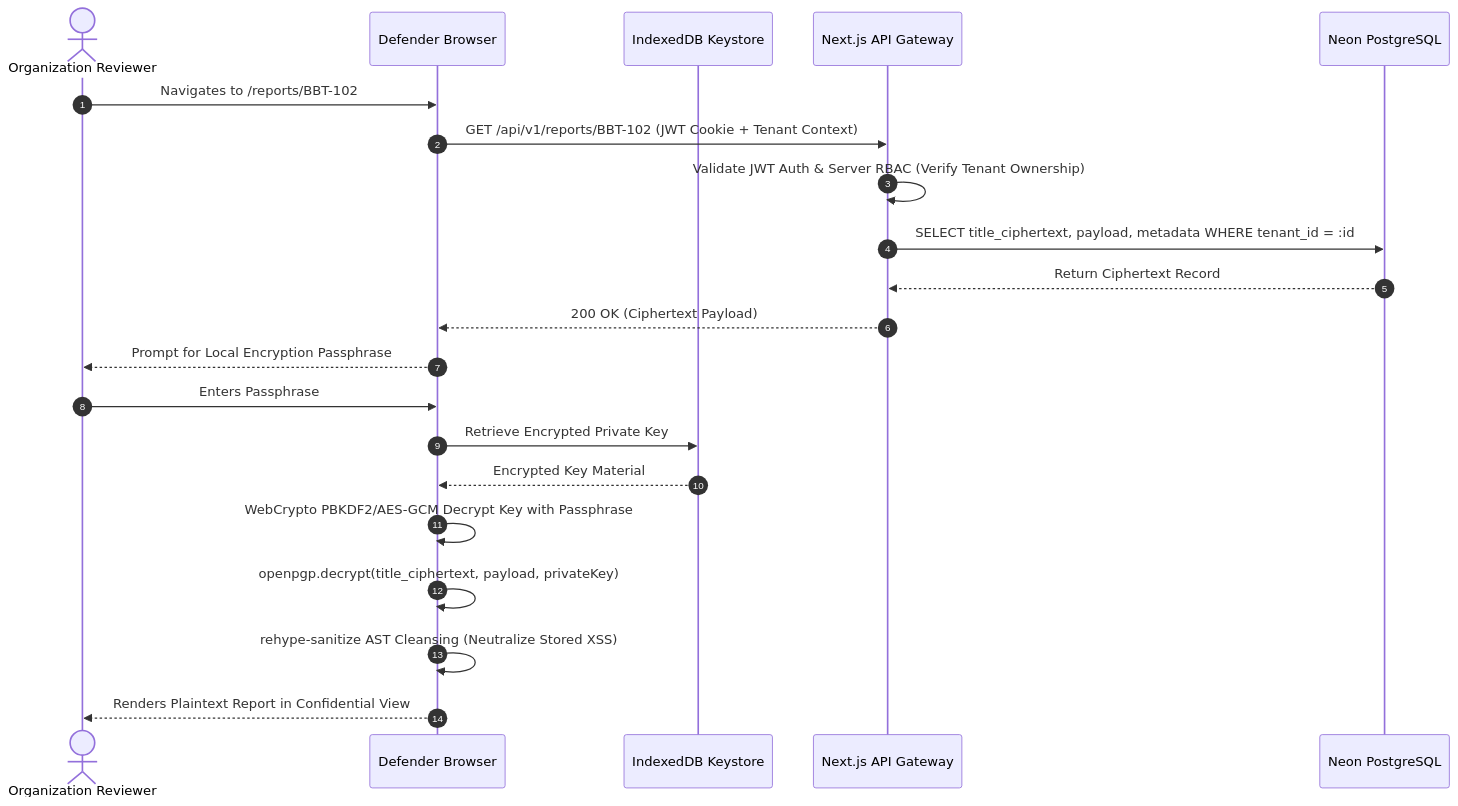
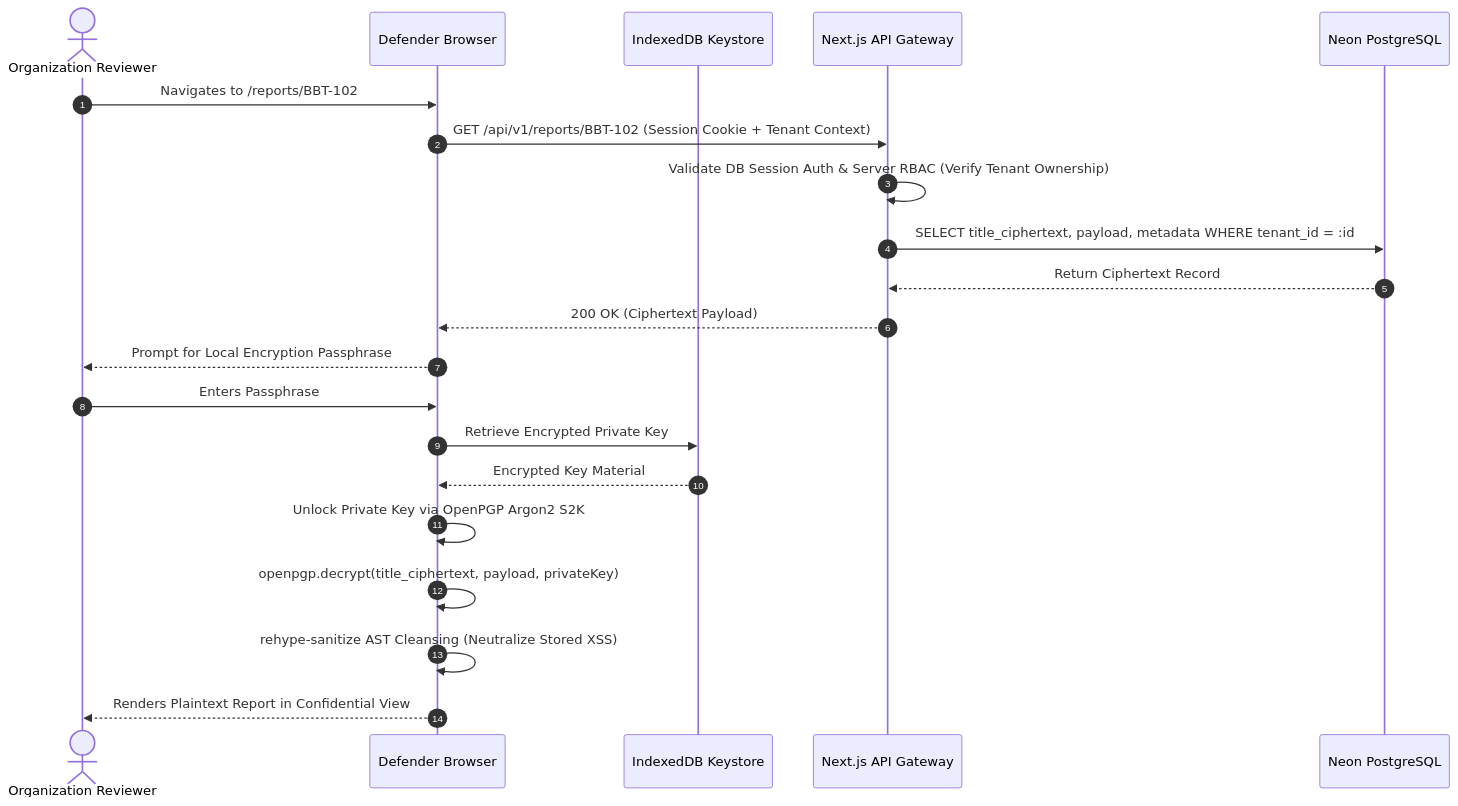
The fourth of 6 diagrams in requirements/SRS.md (Taha-Asad/BugBountyTracker), drawn with Mermaid before and after one commit. The commit also changed other lines of this file and 15 other files, not shown here.

````diff
--- a/requirements/SRS.md
+++ b/requirements/SRS.md
@@ -433,24 +435,24 @@
 ```mermaid
 sequenceDiagram
     autonumber
     actor Defender as Organization Reviewer
     participant Browser as Defender Browser
     participant KeyStore as IndexedDB Keystore
     participant Server as Next.js API Gateway
     participant DB as Neon PostgreSQL
 
     Defender->>Browser: Navigates to /reports/BBT-102
-    Browser->>Server: GET /api/v1/reports/BBT-102 (JWT Cookie + Tenant Context)
-    Server->>Server: Validate JWT Auth & Server RBAC (Verify Tenant Ownership)
+    Browser->>Server: GET /api/v1/reports/BBT-102 (Session Cookie + Tenant Context)
+    Server->>Server: Validate DB Session Auth & Server RBAC (Verify Tenant Ownership)
     Server->>DB: SELECT title_ciphertext, payload, metadata WHERE tenant_id = :id
     DB-->>Server: Return Ciphertext Record
     Server-->>Browser: 200 OK (Ciphertext Payload)
     Browser-->>Defender: Prompt for Local Encryption Passphrase
     Defender->>Browser: Enters Passphrase
     Browser->>KeyStore: Retrieve Encrypted Private Key
     KeyStore-->>Browser: Encrypted Key Material
-    Browser->>Browser: WebCrypto PBKDF2/AES-GCM Decrypt Key with Passphrase
+    Browser->>Browser: Unlock Private Key via OpenPGP Argon2 S2K
     Browser->>Browser: openpgp.decrypt(title_ciphertext, payload, privateKey)
     Browser->>Browser: rehype-sanitize AST Cleansing (Neutralize Stored XSS)
     Browser-->>Defender: Renders Plaintext Report in Confidential View
 ```
````
